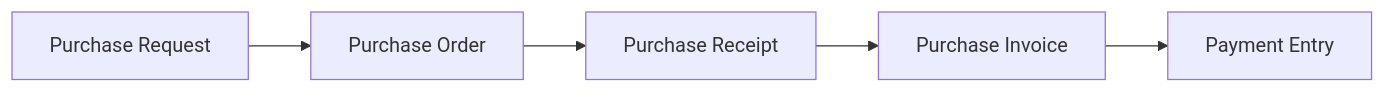
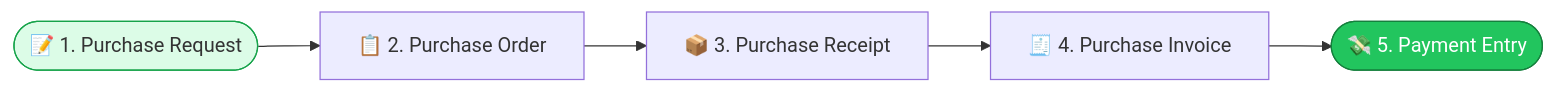
The first of 3 diagrams in docs/tutorials/04-alur-pembelian.md (RimbunCode/erp_pataya), drawn with Mermaid before and after one commit. The commit also changed other lines of this file and 14 other files, not shown here.

````diff
--- a/docs/tutorials/04-alur-pembelian.md
+++ b/docs/tutorials/04-alur-pembelian.md
@@ -7,4 +5,7 @@
 ```mermaid
 flowchart LR
-    PR[Purchase Request] --> PO[Purchase Order] --> GR[Purchase Receipt] --> PI[Purchase Invoice] --> PE[Payment Entry]
+    PR(["📝 1. Purchase Request"]) --> PO["📋 2. Purchase Order"] --> GR["📦 3. Purchase Receipt"] --> PI["🧾 4. Purchase Invoice"] --> PE(["💸 5. Payment Entry"])
+
+    style PR fill:#dcfce7,stroke:#16a34a
+    style PE fill:#22c55e,stroke:#15803d,color:#fff
 ```
````
